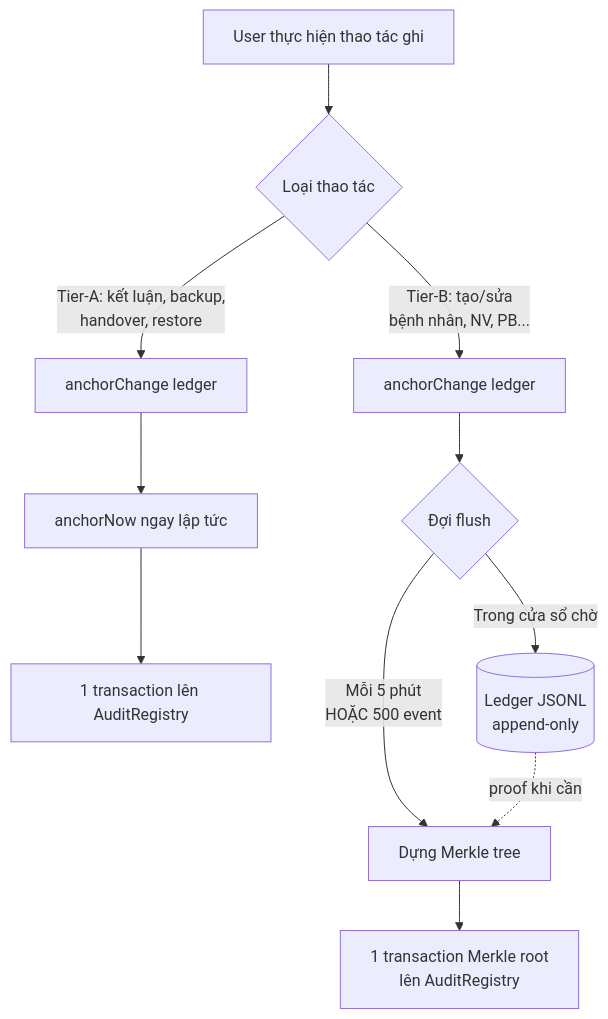
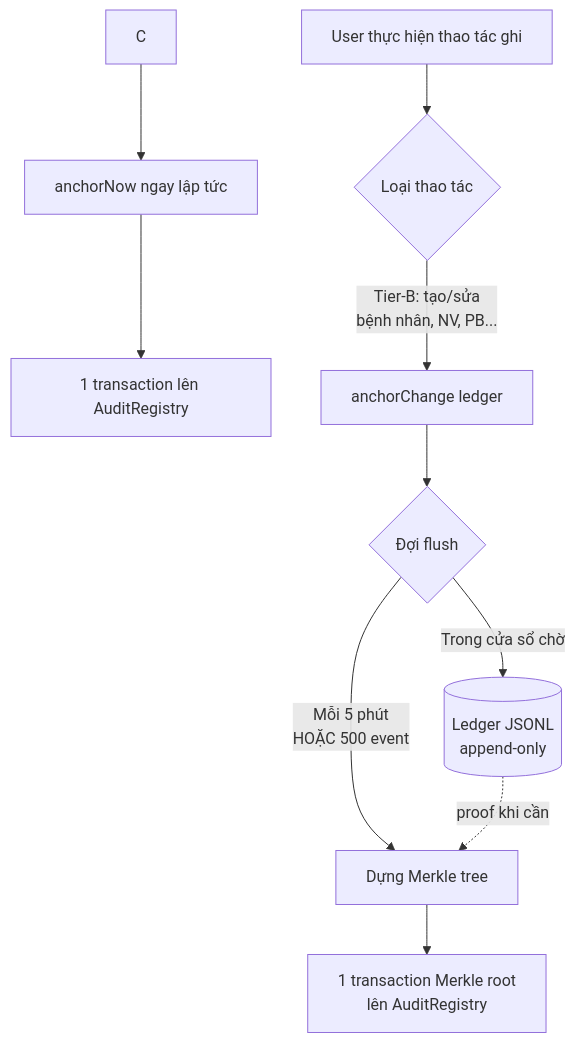
The diagram in docs/security/tiers-and-anchoring.md (duc19092005/KLTN), drawn with Mermaid before and after one commit. The commit also changed other lines of this file and 75 other files, not shown here.

````diff
--- a/docs/security/tiers-and-anchoring.md
+++ b/docs/security/tiers-and-anchoring.md
@@ -125,13 +120,12 @@
 ```mermaid
 flowchart TD
     A[User thực hiện thao tác ghi] --> B{Loại thao tác}
-    B -->|Tier-A: kết luận, backup,<br/>handover, restore| C[anchorChange ledger]
     C --> D[anchorNow ngay lập tức]
     D --> E[1 transaction lên AuditRegistry]
     B -->|Tier-B: tạo/sửa<br/>bệnh nhân, NV, PB...| F[anchorChange ledger]
     F --> G{Đợi flush}
     G -->|Mỗi 5 phút<br/>HOẶC 500 event| H[Dựng Merkle tree]
     H --> I[1 transaction Merkle root<br/>lên AuditRegistry]
     G -->|Trong cửa sổ chờ| J[(Ledger JSONL<br/>append-only)]
     J -.proof khi cần.-> H
 ```
````
